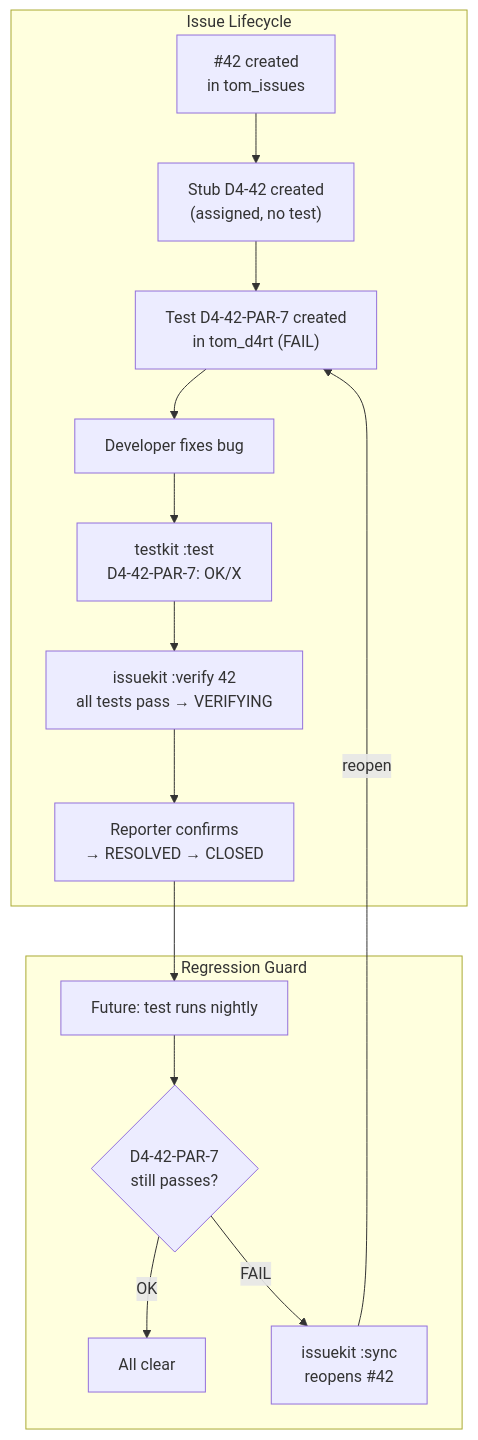
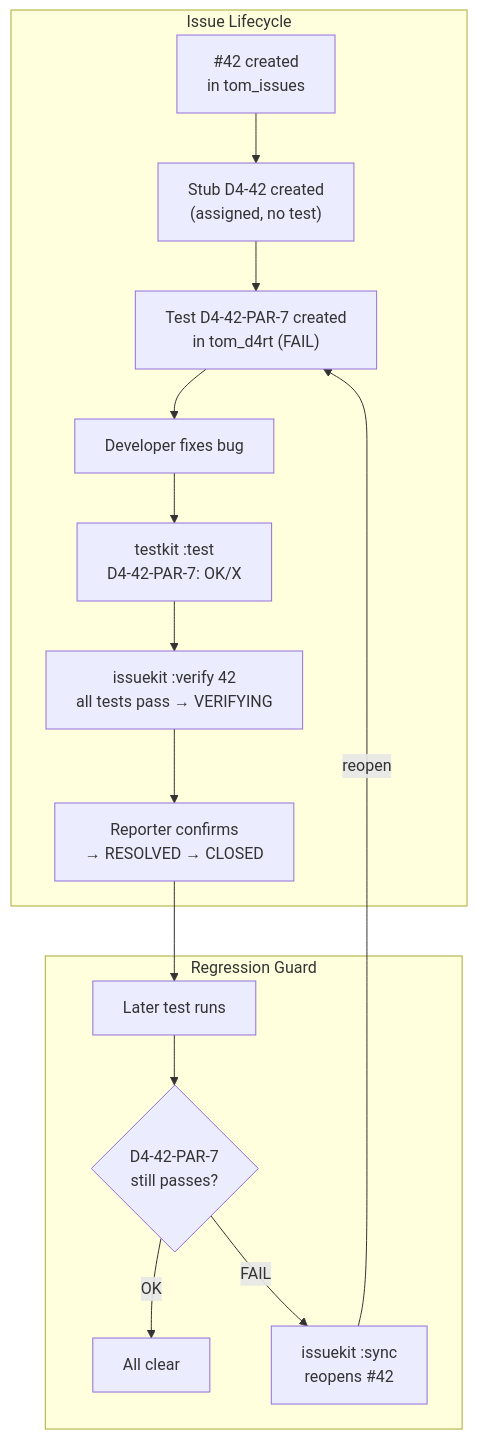
The eighth of 10 diagrams in tom_issue_kit/doc/issue_tracking.md (al-the-bear/tom_devops), drawn with Mermaid before and after one commit. The commit also changed other lines of this file and 15 other files, not shown here.

````diff
--- a/tom_issue_kit/doc/issue_tracking.md
+++ b/tom_issue_kit/doc/issue_tracking.md
@@ -949,25 +949,25 @@
 ```mermaid
 graph TB
     subgraph "Issue Lifecycle"
         I1["#42 created<br/>in tom_issues"]
         I2["Stub D4-42 created<br/>(assigned, no test)"]
         I3["Test D4-42-PAR-7 created<br/>in tom_d4rt (FAIL)"]
         I4["Developer fixes bug"]
         I5["testkit :test<br/>D4-42-PAR-7: OK/X"]
         I6["issuekit :verify 42<br/>all tests pass → VERIFYING"]
         I7["Reporter confirms<br/>→ RESOLVED → CLOSED"]
     end
 
     subgraph "Regression Guard"
-        R1["Future: test runs nightly"]
+        R1["Later test runs"]
         R2{"D4-42-PAR-7<br/>still passes?"}
         R3["All clear"]
         R4["issuekit :sync<br/>reopens #42"]
     end
 
     I1 --> I2 --> I3 --> I4 --> I5 --> I6 --> I7
     I7 --> R1 --> R2
     R2 -->|"OK"| R3
     R2 -->|"FAIL"| R4
     R4 -->|"reopen"| I3
 ```
````
